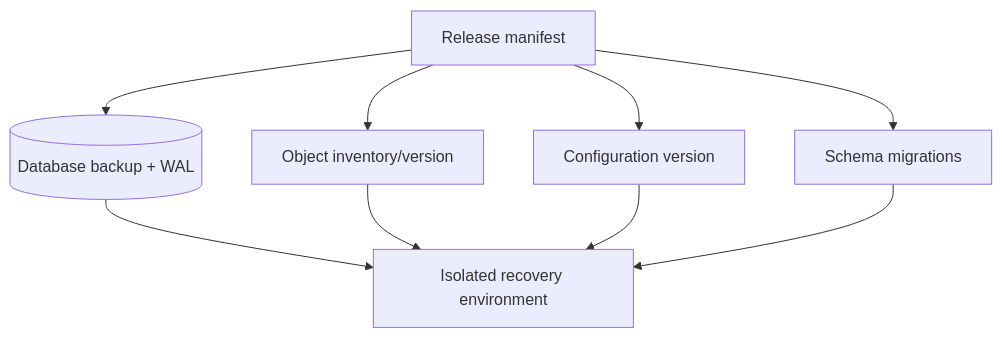
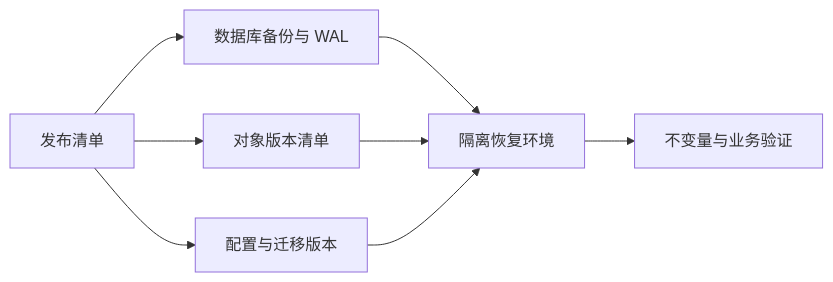
Before and after one commit to upJiang/jiang-blog-vitepress: the diagram in docs/devops/backup-migration-recovery.md, drawn with Mermaid. The commit also changed other lines of this file and 164 other files, not shown here.

````diff
--- a/docs/devops/backup-migration-recovery.md
+++ b/docs/devops/backup-migration-recovery.md
@@ -35,11 +24,10 @@
 ```mermaid
-flowchart TD
-  M[Release manifest] --> D[(Database backup + WAL)]
-  M --> O[Object inventory/version]
-  M --> C[Configuration version]
-  M --> S[Schema migrations]
-  D --> R[Isolated recovery environment]
+flowchart LR
+  M[发布清单] --> D[数据库备份与 WAL]
+  M --> O[对象版本清单]
+  M --> C[配置与迁移版本]
+  D --> R[隔离恢复环境]
   O --> R
   C --> R
-  S --> R
+  R --> V[不变量与业务验证]
 ```
````
